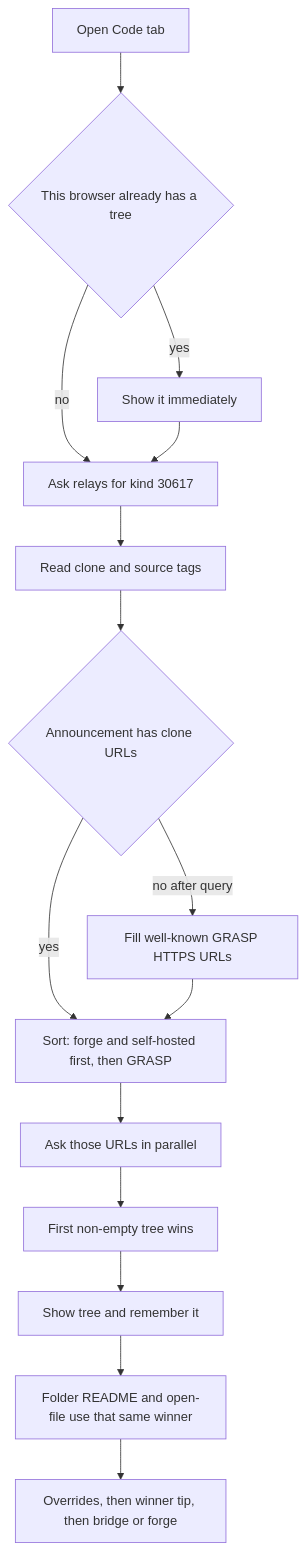
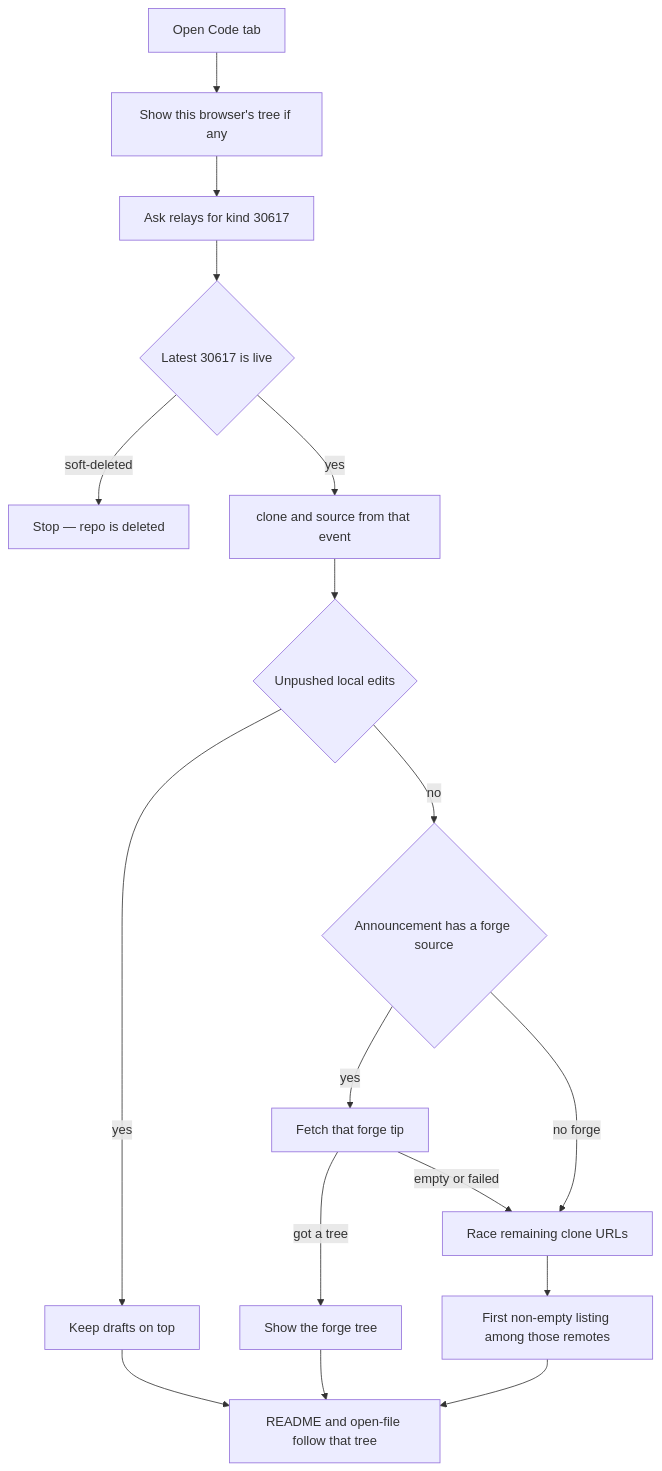
Before and after one commit to arbadacarbaYK/gittr: the diagram in docs/FILE_FETCHING_INSIGHTS.md, drawn with Mermaid. The commit also changed other lines of this file and 1 other file, not shown here.

Commit message:
docs: spell out forge tip vs first clone listing vs live 30617
Newest undeleted announcement is the map. A GitHub/source tree replaces a stale bridge listing. Only Nostr-only clone hosts still take the first non-empty listing.

````diff
--- a/docs/FILE_FETCHING_INSIGHTS.md
+++ b/docs/FILE_FETCHING_INSIGHTS.md
@@ -26,17 +33,19 @@
 ```mermaid
 flowchart TD
-  open[Open Code tab] --> local{This browser already has a tree}
-  local -->|yes| showLocal[Show it immediately]
-  local -->|no| waitNostr[Ask relays for kind 30617]
-  showLocal --> waitNostr
-  waitNostr --> tags[Read clone and source tags]
-  tags --> empty{Announcement has clone URLs}
-  empty -->|yes| sort[Sort: forge and self-hosted first, then GRASP]
-  empty -->|no after query| infer[Fill well-known GRASP HTTPS URLs]
-  infer --> sort
-  sort --> race[Ask those URLs in parallel]
-  race --> win[First non-empty tree wins]
-  win --> persist[Show tree and remember it]
-  persist --> readme[Folder README and open-file use that same winner]
-  readme --> bytes[Overrides, then winner tip, then bridge or forge]
+  open[Open Code tab] --> cache[Show this browser's tree if any]
+  cache --> nostr[Ask relays for kind 30617]
+  nostr --> live{Latest 30617 is live}
+  live -->|soft-deleted| gone[Stop — repo is deleted]
+  live -->|yes| tags[clone and source from that event]
+  tags --> drafts{Unpushed local edits}
+  drafts -->|yes| keep[Keep drafts on top]
+  drafts -->|no| forge{Announcement has a forge source}
+  forge -->|yes| gh[Fetch that forge tip]
+  gh -->|got a tree| showSrc[Show the forge tree]
+  gh -->|empty or failed| race[Race remaining clone URLs]
+  forge -->|no forge| race
+  race --> first[First non-empty listing among those remotes]
+  keep --> readme[README and open-file follow that tree]
+  showSrc --> readme
+  first --> readme
 ```
````
